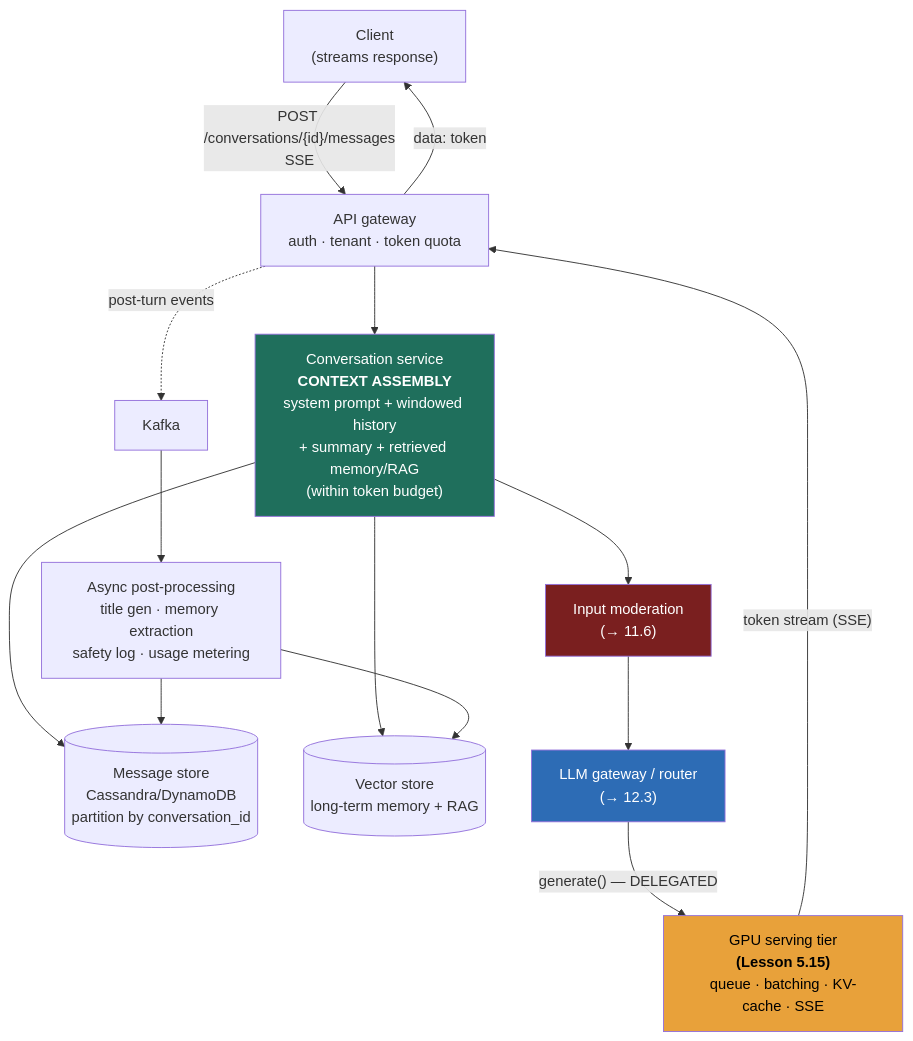
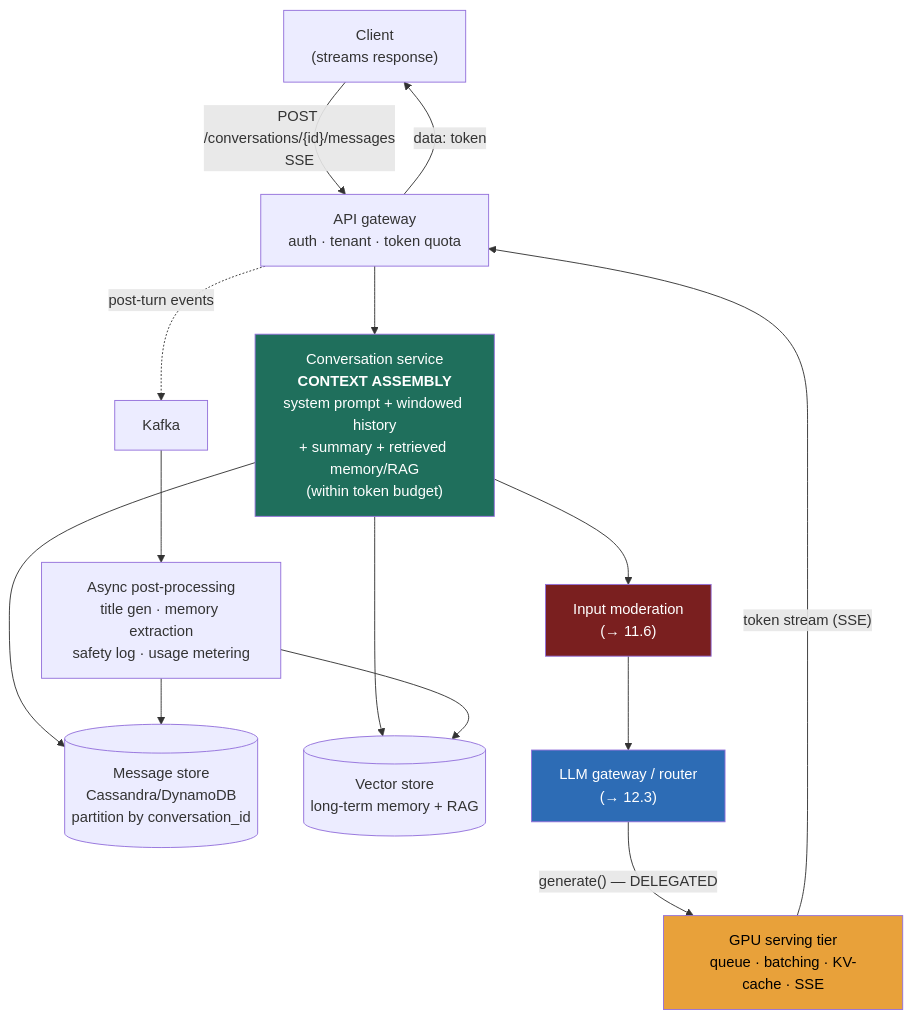
Before and after one commit to hkrathore/sysdesign-course: the diagram in src/content/docs/module-12/lesson-12-2.md, drawn with Mermaid. The commit also changed other lines of this file and 146 other files, not shown here.

````diff
--- a/src/content/docs/module-12/lesson-12-2.md
+++ b/src/content/docs/module-12/lesson-12-2.md
@@ -134,21 +134,21 @@
 ```mermaid
 flowchart TB
     C["Client<br/>(streams response)"] -->|"POST /conversations/{id}/messages<br/>SSE"| GW["API gateway<br/>auth · tenant · token quota"]
     GW --> CONV["Conversation service<br/><b>CONTEXT ASSEMBLY</b><br/>system prompt + windowed history<br/>+ summary + retrieved memory/RAG<br/>(within token budget)"]
     CONV --> MSG[("Message store<br/>Cassandra/DynamoDB<br/>partition by conversation_id")]
     CONV --> VEC[("Vector store<br/>long-term memory + RAG")]
     CONV --> MOD["Input moderation<br/>(→ 11.6)"]
     MOD --> RT["LLM gateway / router<br/>(→ 12.3)"]
-    RT -->|"generate() — DELEGATED"| SERVE["GPU serving tier<br/><b>(Lesson 5.15)</b><br/>queue · batching · KV-cache · SSE"]
+    RT -->|"generate() — DELEGATED"| SERVE["GPU serving tier<br/>queue · batching · KV-cache · SSE"]
     SERVE -->|"token stream (SSE)"| GW
     GW -->|"data: token"| C
     GW -. "post-turn events" .-> BUS["Kafka"]
     BUS --> POST["Async post-processing<br/>title gen · memory extraction<br/>safety log · usage metering"]
     POST --> VEC
     POST --> MSG
 
     style CONV fill:#1f6f5c,color:#fff
     style SERVE fill:#e8a13a,color:#000
     style MOD fill:#7a1f1f,color:#fff
     style RT fill:#2d6cb5,color:#fff
 ```
````
